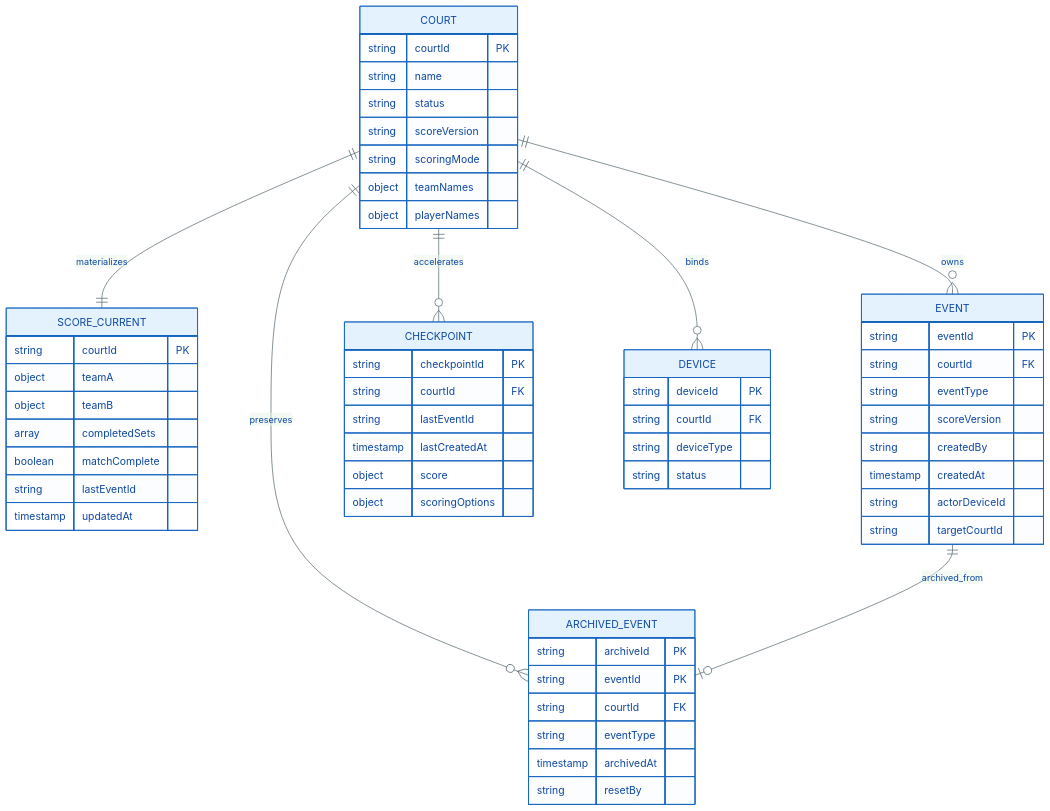
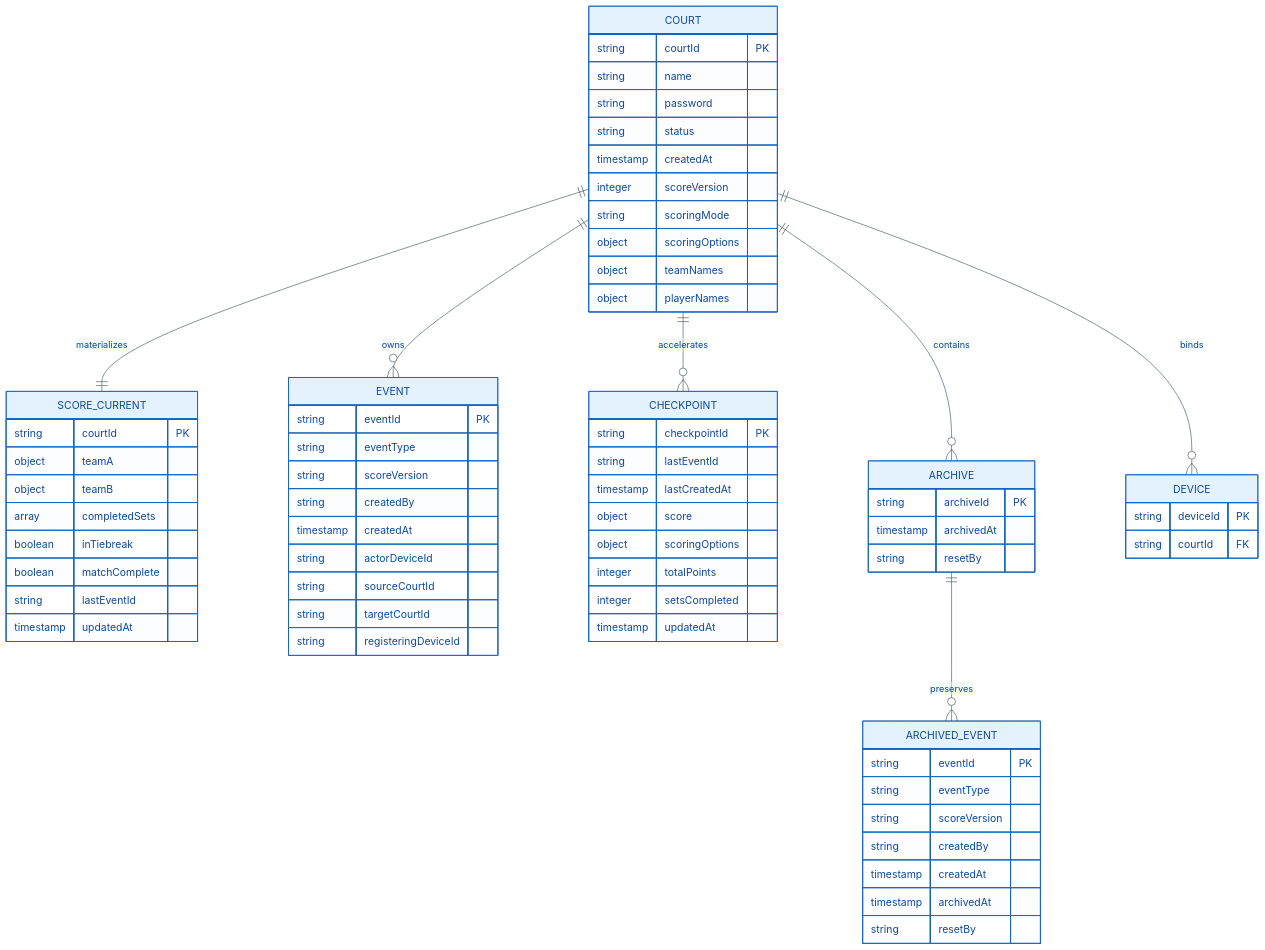
Before and after one commit to creepyLANguy/PuntoPrototype: the diagram in docs/PP_Data_Model.mmd, drawn with Mermaid. The commit also changed 8 other files, not shown here.

Commit message:
docs: align diagrams and API docs with current implementation

```diff
--- a/docs/PP_Data_Model.mmd
+++ b/docs/PP_Data_Model.mmd
@@ -1,75 +1,90 @@
 ---
 config:
     theme: base
     themeVariables:
         primaryColor: '#E3F2FD'
         primaryBorderColor: '#1565C0'
         primaryTextColor: '#0D47A1'
         lineColor: '#455A64'
         secondaryColor: '#FFF3E0'
         tertiaryColor: '#E8F5E9'
 ---
 
+%% The model is court-centric. ARCHIVE is a path segment in
+%% courts/{courtId}/archive/{archiveId}/events, not a standalone document.
+
 erDiagram
     COURT {
         string courtId PK
         string name
+        string password
         string status
-        string scoreVersion
+        timestamp createdAt
+        integer scoreVersion
         string scoringMode
+        object scoringOptions
         object teamNames
         object playerNames
     }
 
     SCORE_CURRENT {
         string courtId PK
         object teamA
         object teamB
         array completedSets
+        boolean inTiebreak
         boolean matchComplete
         string lastEventId
         timestamp updatedAt
     }
 
     EVENT {
         string eventId PK
-        string courtId FK
         string eventType
         string scoreVersion
         string createdBy
         timestamp createdAt
         string actorDeviceId
+        string sourceCourtId
         string targetCourtId
+        string registeringDeviceId
     }
 
     CHECKPOINT {
         string checkpointId PK
-        string courtId FK
         string lastEventId
         timestamp lastCreatedAt
         object score
         object scoringOptions
+        integer totalPoints
+        integer setsCompleted
+        timestamp updatedAt
+    }
+
+    ARCHIVE {
+        string archiveId PK
+        timestamp archivedAt
+        string resetBy
     }
 
     ARCHIVED_EVENT {
-        string archiveId PK
         string eventId PK
-        string courtId FK
         string eventType
+        string scoreVersion
+        string createdBy
+        timestamp createdAt
         timestamp archivedAt
         string resetBy
     }
 
     DEVICE {
         string deviceId PK
         string courtId FK
-        string deviceType
-        string status
     }
 
     COURT ||--|| SCORE_CURRENT : materializes
     COURT ||--o{ EVENT : owns
     COURT ||--o{ CHECKPOINT : accelerates
-    COURT ||--o{ ARCHIVED_EVENT : preserves
+    COURT ||--o{ ARCHIVE : contains
+    ARCHIVE ||--o{ ARCHIVED_EVENT : preserves
     COURT ||--o{ DEVICE : binds
-    EVENT ||--o| ARCHIVED_EVENT : archived_from
```
